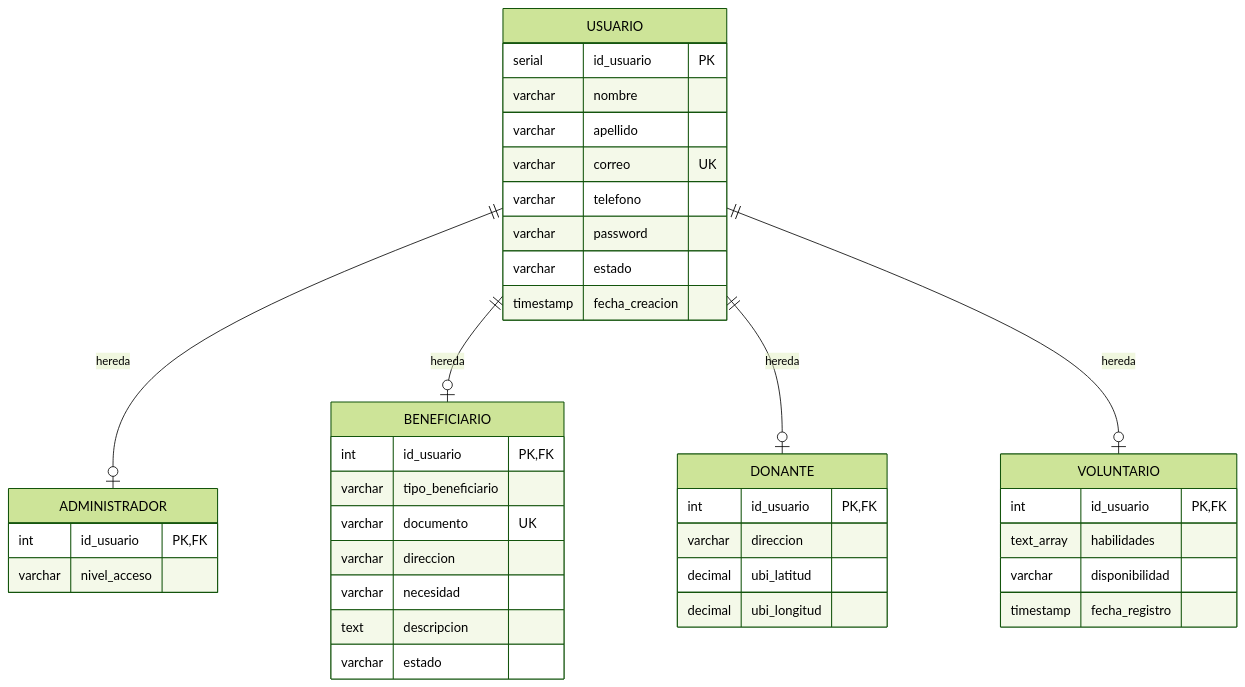
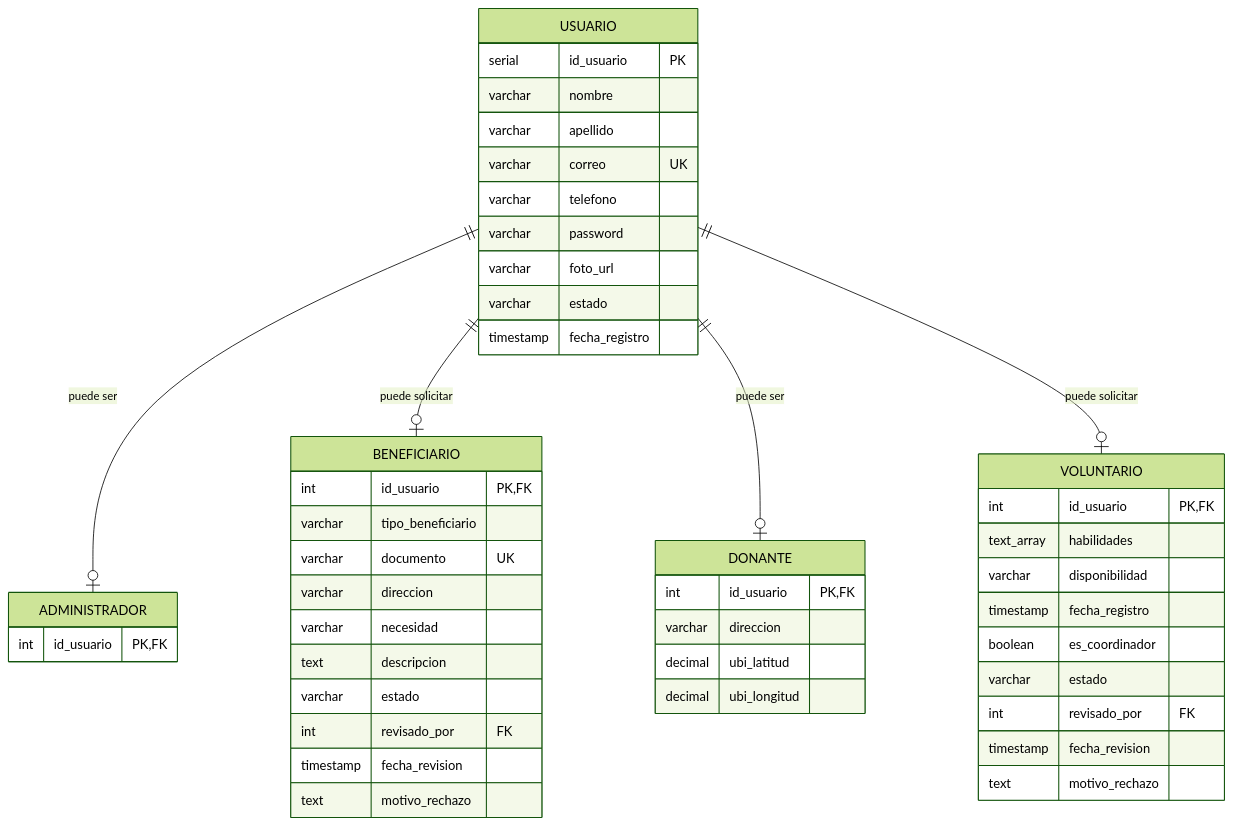
Before and after one commit to T-T-MoY/Sistema_de_Donaciones_y_Voluntarios: the fourth of 4 diagrams in README.md, drawn with Mermaid (forest theme). The commit also changed other lines of this file and 26 other files, not shown here.

````diff
--- a/README.md
+++ b/README.md
@@ -554,43 +556,51 @@
 ```mermaid
 erDiagram
-    USUARIO ||--o| ADMINISTRADOR : "hereda"
-    USUARIO ||--o| BENEFICIARIO : "hereda"
-    USUARIO ||--o| DONANTE : "hereda"
-    USUARIO ||--o| VOLUNTARIO : "hereda"
+    USUARIO ||--o| ADMINISTRADOR : "puede ser"
+    USUARIO ||--o| BENEFICIARIO : "puede solicitar"
+    USUARIO ||--o| DONANTE : "puede ser"
+    USUARIO ||--o| VOLUNTARIO : "puede solicitar"
 
     USUARIO {
         serial id_usuario PK
         varchar nombre
         varchar apellido
         varchar correo UK
         varchar telefono
         varchar password
+        varchar foto_url
         varchar estado
-        timestamp fecha_creacion
+        timestamp fecha_registro
     }
     ADMINISTRADOR {
         int id_usuario PK,FK
-        varchar nivel_acceso
     }
     BENEFICIARIO {
         int id_usuario PK,FK
         varchar tipo_beneficiario
         varchar documento UK
         varchar direccion
         varchar necesidad
         text descripcion
         varchar estado
+        int revisado_por FK
+        timestamp fecha_revision
+        text motivo_rechazo
     }
     DONANTE {
         int id_usuario PK,FK
         varchar direccion
         decimal ubi_latitud
         decimal ubi_longitud
     }
     VOLUNTARIO {
         int id_usuario PK,FK
         text_array habilidades
         varchar disponibilidad
         timestamp fecha_registro
+        boolean es_coordinador
+        varchar estado
+        int revisado_por FK
+        timestamp fecha_revision
+        text motivo_rechazo
     }
 ```
````
